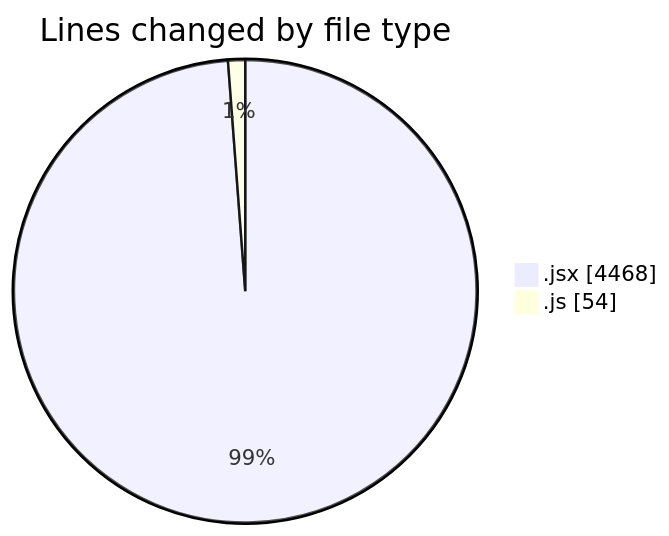
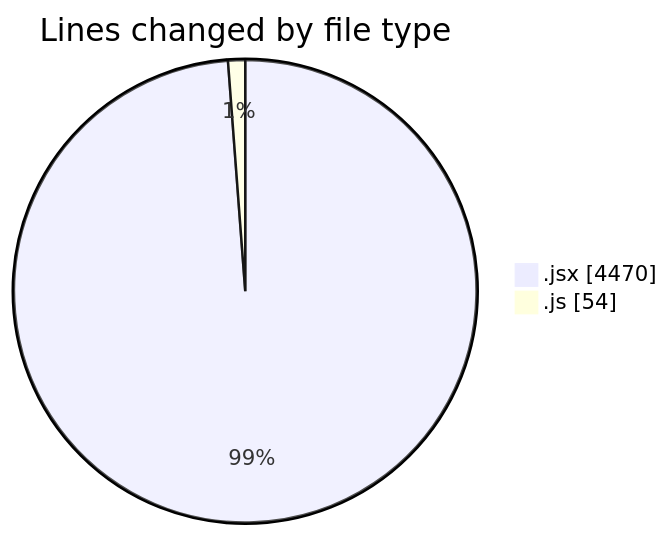
Before and after one commit to nxtqubesakshisongat/code-tracking: the first of 2 diagrams in 2025-06-25/nxtqube_webapp/README.md, drawn with Mermaid. The commit also changed other lines of this file and 1 other file, not shown here.

````diff
--- a/2025-06-25/nxtqube_webapp/README.md
+++ b/2025-06-25/nxtqube_webapp/README.md
@@ -24,6 +24,6 @@
 ```mermaid
 pie showData
 title Lines changed by file type
-".jsx" : 4468
+".jsx" : 4470
 ".js" : 54
 ```
````
